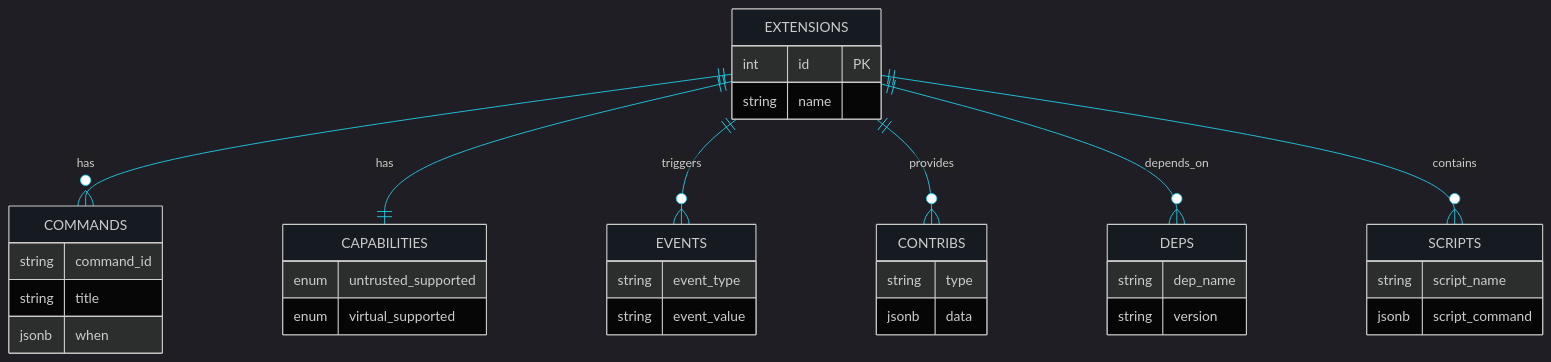
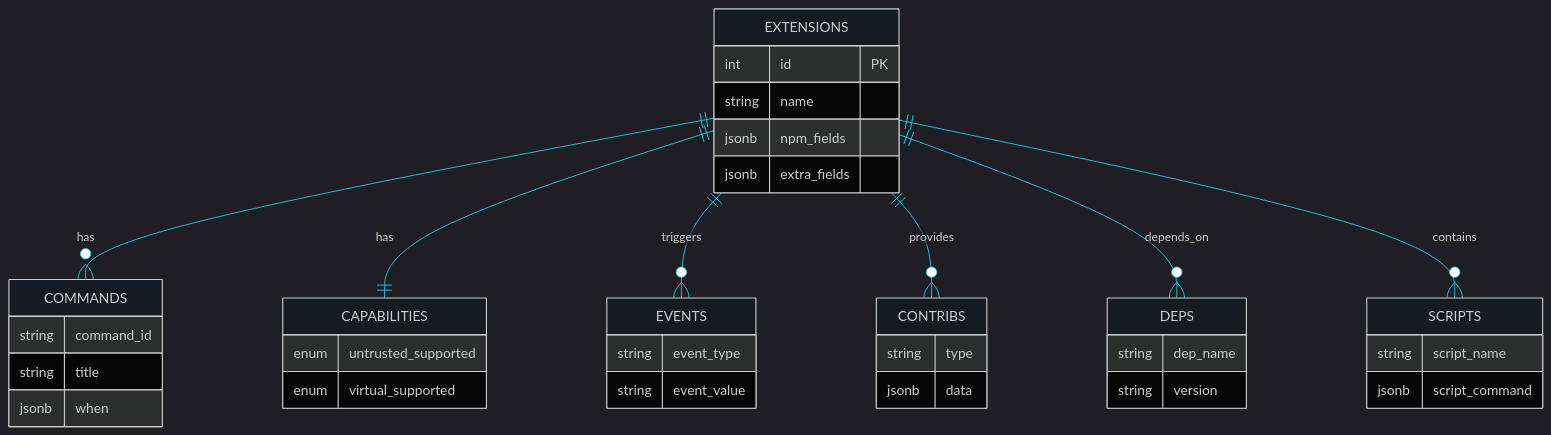
The first of 2 diagrams in documents/DEVELOPMENT_PRIORITIES.md (Ekremunalytu/automation_enviroment), drawn with Mermaid before and after one commit. The commit also changed other lines of this file and 7 other files, not shown here.

````diff
--- a/documents/DEVELOPMENT_PRIORITIES.md
+++ b/documents/DEVELOPMENT_PRIORITIES.md
@@ -59,46 +59,48 @@
 ```mermaid
 %%{init: {'theme': 'dark', 'themeVariables': { 'background': '#0d1117', 'primaryColor': '#7c3aed', 'primaryTextColor': '#e6edf3', 'lineColor': '#22d3ee', 'mainBkg': '#161b22', 'nodeBkg': '#21262d', 'clusterBkg': '#161b22'}}}%%
 erDiagram
     EXTENSIONS ||--o{ COMMANDS : has
     EXTENSIONS ||--|| CAPABILITIES : has
     EXTENSIONS ||--o{ EVENTS : triggers
     EXTENSIONS ||--o{ CONTRIBS : provides
     EXTENSIONS ||--o{ DEPS : depends_on
     EXTENSIONS ||--o{ SCRIPTS : contains
 
     EXTENSIONS {
         int id PK
         string name
+        jsonb npm_fields
+        jsonb extra_fields
     }
 
     CAPABILITIES {
         enum untrusted_supported
         enum virtual_supported
     }
 
     COMMANDS {
         string command_id
         string title
         jsonb when
     }
 
     EVENTS {
         string event_type
         string event_value
     }
 
     CONTRIBS {
         string type
         jsonb data
     }
 
     DEPS {
         string dep_name
         string version
     }
 
     SCRIPTS {
         string script_name
         jsonb script_command
     }
 ```
````
